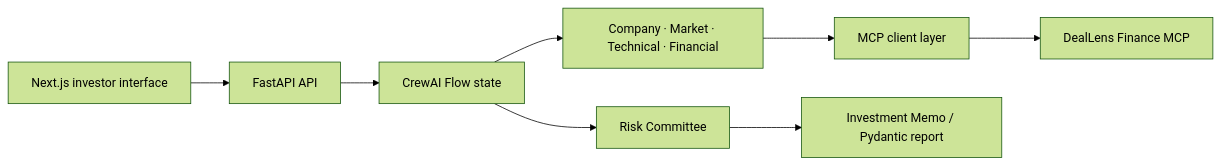
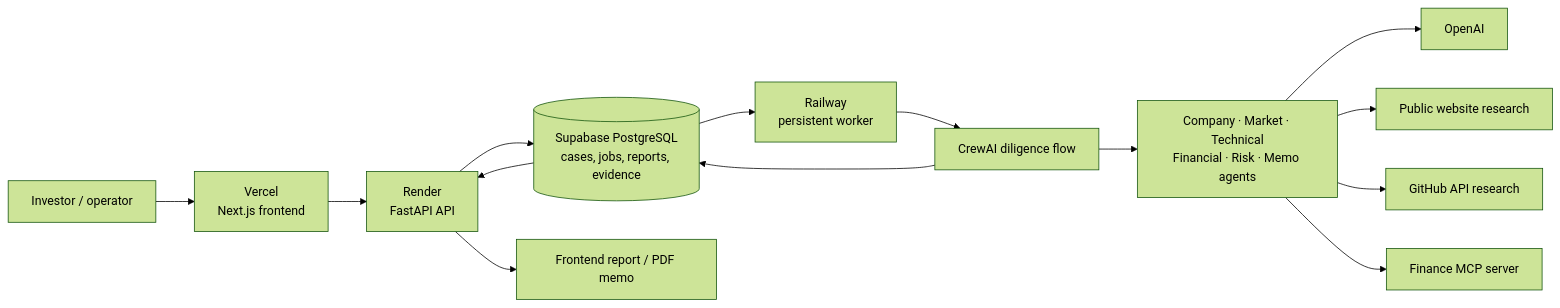
The diagram in README.md (syedmuhammadrayan7-png/DealLens-AI), drawn with Mermaid (forest theme) before and after one commit. The commit also changed other lines of this file, not shown here.

Commit message:
Polish DealLens AI README

````diff
--- a/README.md
+++ b/README.md
@@ -7,10 +33,16 @@
 ```mermaid
 flowchart LR
-  UI[Next.js investor interface] --> API[FastAPI API]
-  API --> Flow[CrewAI Flow state]
-  Flow --> Agents[Company · Market · Technical · Financial]
-  Agents --> MCP[MCP client layer]
-  MCP --> Finance[DealLens Finance MCP]
-  Flow --> Risk[Risk Committee]
-  Risk --> Memo[Investment Memo / Pydantic report]
+  User[Investor / operator] --> FE[Vercel<br/>Next.js frontend]
+  FE --> API[Render<br/>FastAPI API]
+  API --> DB[(Supabase PostgreSQL<br/>cases, jobs, reports, evidence)]
+  DB --> Worker[Railway<br/>persistent worker]
+  Worker --> Flow[CrewAI diligence flow]
+  Flow --> Agents[Company · Market · Technical<br/>Financial · Risk · Memo agents]
+  Agents --> OpenAI[OpenAI]
+  Agents --> Web[Public website research]
+  Agents --> GitHub[GitHub API research]
+  Agents --> MCP[Finance MCP server]
+  Flow --> DB
+  DB --> API
+  API --> Report[Frontend report / PDF memo]
 ```
````
